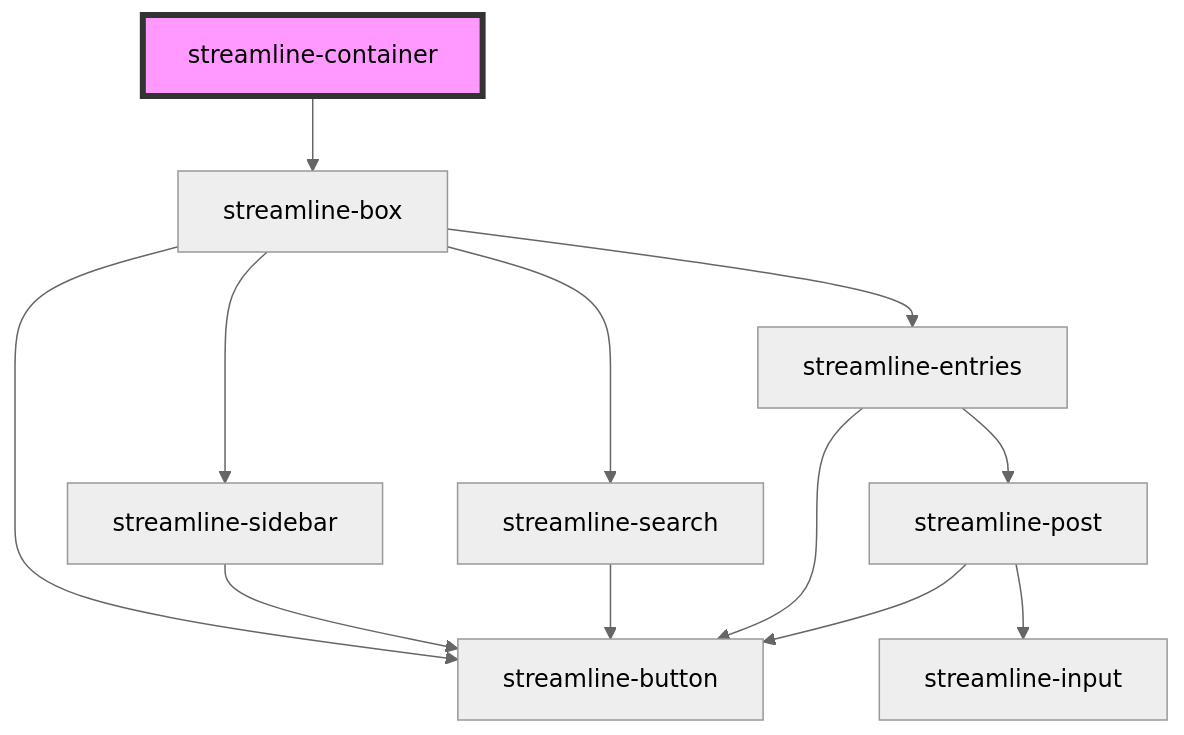
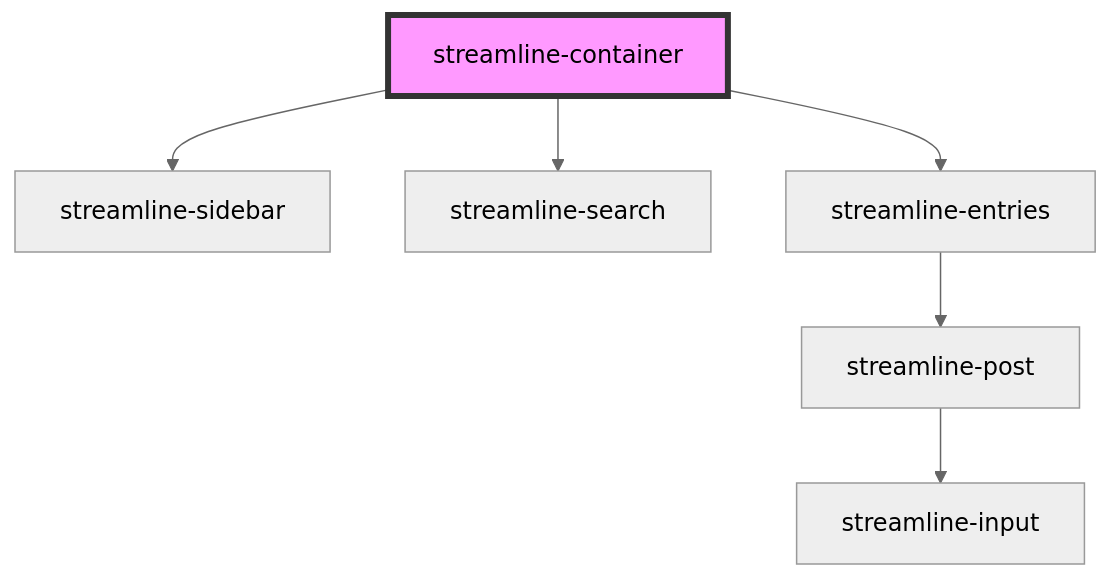
The diagram in stencil/src/components/streamline-container/readme.md (dnnsjsk/streamline), drawn with Mermaid (neutral theme) before and after one commit. The commit also changed other lines of this file and 146 other files, not shown here.

````diff
--- a/stencil/src/components/streamline-container/readme.md
+++ b/stencil/src/components/streamline-container/readme.md
@@ -44,15 +46,9 @@
 ```mermaid
 graph TD;
-  streamline-container --> streamline-box
-  streamline-box --> streamline-sidebar
-  streamline-box --> streamline-search
-  streamline-box --> streamline-button
-  streamline-box --> streamline-entries
-  streamline-sidebar --> streamline-button
-  streamline-search --> streamline-button
-  streamline-entries --> streamline-button
+  streamline-container --> streamline-sidebar
+  streamline-container --> streamline-search
+  streamline-container --> streamline-entries
   streamline-entries --> streamline-post
   streamline-post --> streamline-input
-  streamline-post --> streamline-button
   style streamline-container fill:#f9f,stroke:#333,stroke-width:4px
 ```
````
